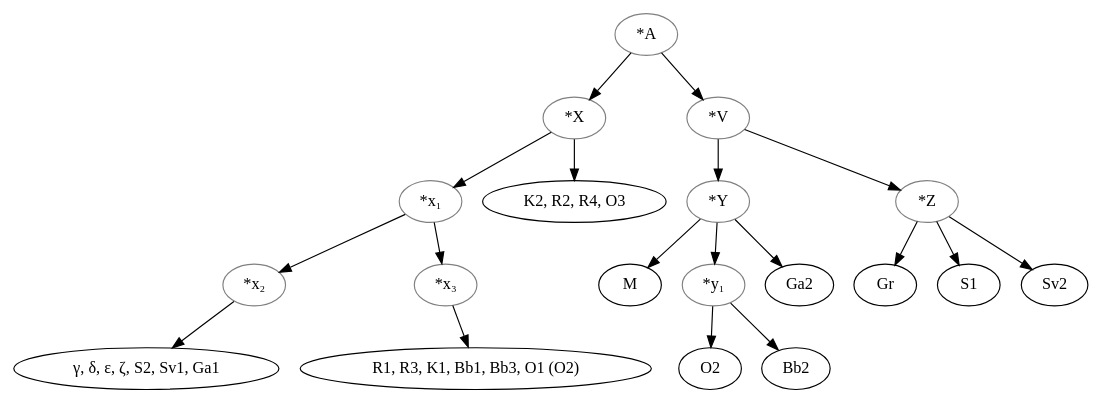
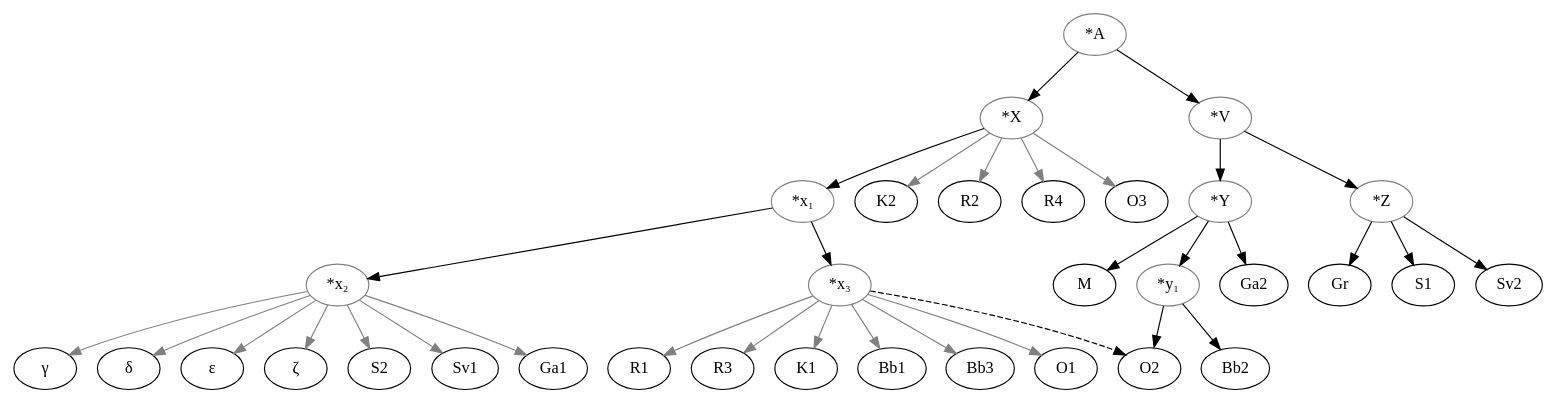
The diagram in data/non/Einar_1954_Brennu-njalssaga/stemma.gv (OpenStemmata/database), drawn with Graphviz before and after one commit. The commit also changed 2 other files, not shown here.

```diff
--- a/data/non/Einar_1954_Brennu-njalssaga/stemma.gv
+++ b/data/non/Einar_1954_Brennu-njalssaga/stemma.gv
@@ -1,39 +1,82 @@
 digraph njala {
 
     Astar -> Xstar
     Astar -> Vstar
     Vstar -> Ystar
     Vstar -> Zstar
     
     Ystar -> M
     Ystar -> y1star
     Ystar -> Ga2
     y1star -> O2
     y1star -> Bb2
 
     Zstar -> Gr
     Zstar -> S1
     Zstar -> Sv2
 
     Xstar -> x1star
-    Xstar -> K2R2R4O3
+    // Xstar -> K2R2R4O3
+    Xstar -> K2 [color="grey"]
+    Xstar -> R2 [color="grey"]
+    Xstar -> R4 [color="grey"]
+    Xstar -> O3 [color="grey"]
+    
     x1star -> x2star
     x1star -> x3star
-    x2star -> gamma_et_al
-    x3star -> R1_et_al
+    
+    // x2star -> gamma_et_al
+    x2star -> gamma [color="grey"]
+    x2star -> delta [color="grey"]
+    x2star -> epsilon [color="grey"]
+    x2star -> zeta [color="grey"]
+    x2star -> S2  [color="grey"]
+    x2star -> Sv1 [color="grey"]
+    x2star -> Ga1 [color="grey"]
+    
+    // x3star -> R1_et_al
+    x3star -> R1 [color="grey"]
+    x3star -> R3 [color="grey"]
+    x3star -> K1 [color="grey"]
+    x3star -> Bb1 [color="grey"]
+    x3star -> Bb3 [color="grey"]
+    x3star -> O1 [color="grey"]
+    x3star -> O2 [style="dashed"]
+
 
     Astar[color="grey", label="*A"]
     Xstar[color="grey", label="*X"]
     Vstar[color="grey", label="*V"]
     Ystar[color="grey", label="*Y"]
     Zstar[color="grey", label="*Z"]
     y1star[color="grey", label="*y₁"]
     x1star[color="grey", label="*x₁"]
     x2star[color="grey", label="*x₂"]
     x3star[color="grey", label="*x₃"]
 
-    K2R2R4O3[label="K2, R2, R4, O3"]
-    gamma_et_al [label="γ, δ, ε, ζ, S2, Sv1, Ga1"]
-    R1_et_al [label="R1, R3, K1, Bb1, Bb3, O1 (O2)"]
+    // K2R2R4O3[label="K2, R2, R4, O3"]
+    K2[label="K2"]
+    R2[label="R2"]
+    R4[label="R4"]
+    O3[label="O3"]
+
+    // gamma_et_al [label="γ, δ, ε, ζ, S2, Sv1, Ga1"]
+    gamma [label="γ"]
+    delta [label="δ"]
+    epsilon [label="ε"]
+    zeta  [label="ζ"]
+    S2    [label="S2"]
+    Sv1   [label="Sv1"]
+    Ga1   [label="Ga1"]
+    
+    // R1_et_al [label="R1, R3, K1, Bb1, Bb3, O1 (O2)"]
+    R1  [label="R1"]
+    R3  [label="R3"]
+    K1  [label="K1"]
+    Bb1 [label="Bb1"]
+    Bb3 [label="Bb3"]
+    O1  [label="O1"]
+    // O2bis [label="(O2)"]
+    // This parenthesized O2 marks contamination
 
 }
```
